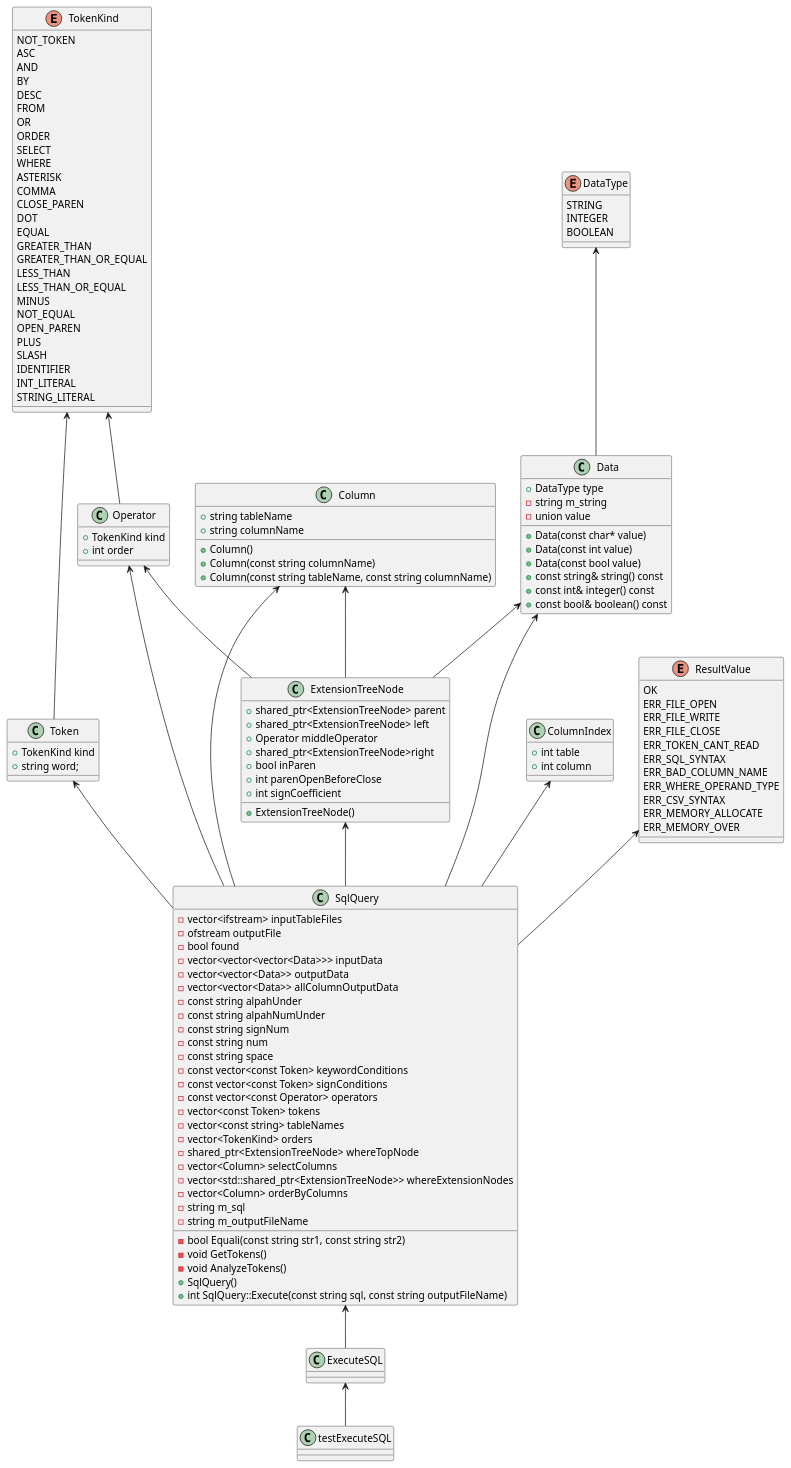
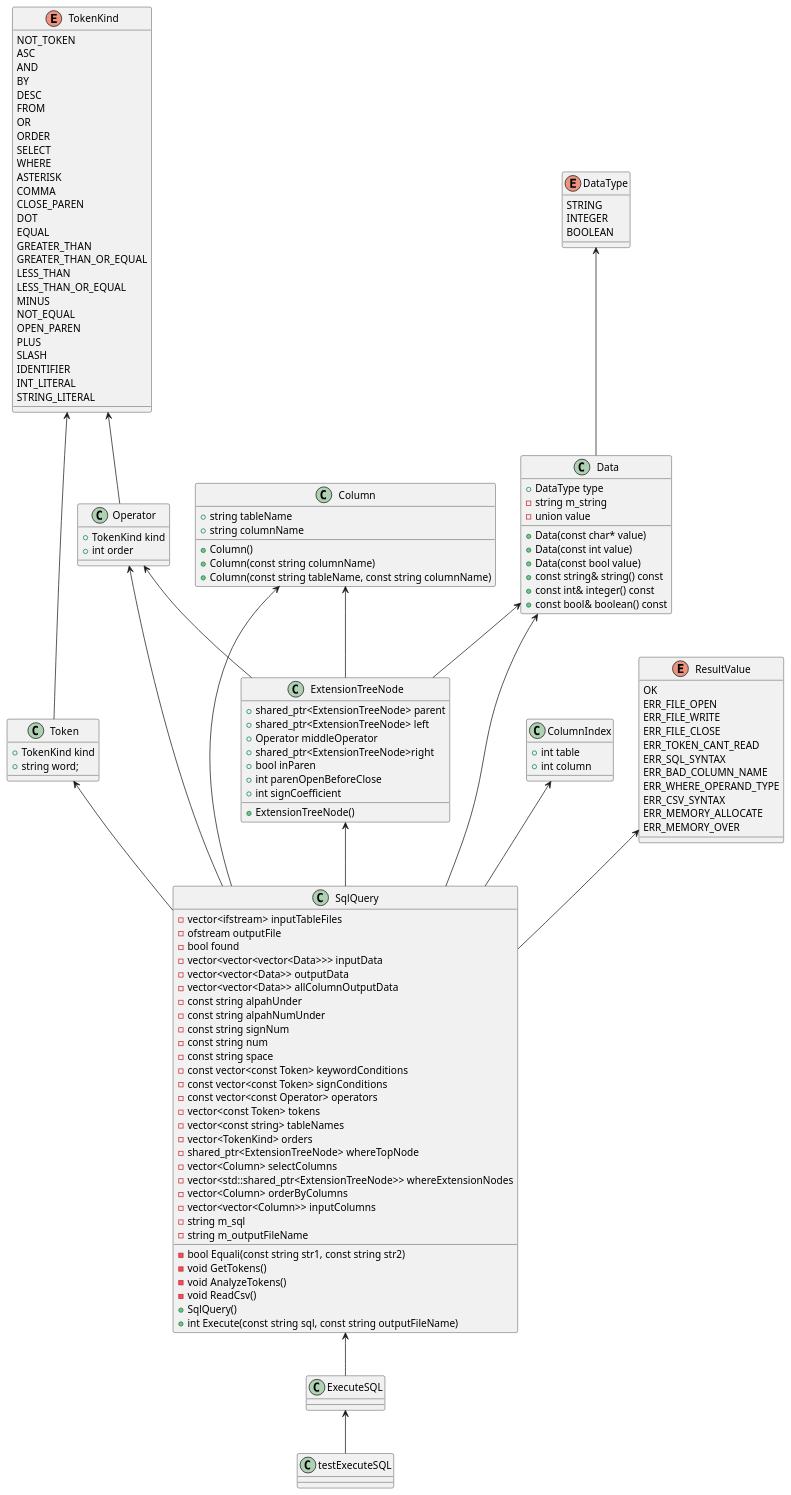
The diagram in ExecuteSQL.pu (yotten/TinySQL), drawn with PlantUML before and after one commit. The commit also changed 2 other files, not shown here.

Commit message:
129.ReadCsvメソッドを切り分ける
[----------] Global test environment tear-down
[==========] 213 tests from 1 test case ran. (5667 ms total)
[  PASSED  ] 213 tests.

```diff
--- a/ExecuteSQL.pu
+++ b/ExecuteSQL.pu
@@ -1,141 +1,143 @@
 @startuml
 
 class testExecuteSQL {}
 class SqlQuery {
 	-vector<ifstream> inputTableFiles
 	-ofstream outputFile
 	-bool found
 	-vector<vector<vector<Data>>> inputData
 	-vector<vector<Data>> outputData
 	-vector<vector<Data>> allColumnOutputData	
 	-const string alpahUnder
 	-const string alpahNumUnder
 	-const string signNum
 	-const string num
 	-const string space
 	-const vector<const Token> keywordConditions
 	-const vector<const Token> signConditions
 	-const vector<const Operator> operators
 	-vector<const Token> tokens
 	-vector<const string> tableNames
 	-vector<TokenKind> orders
 	-shared_ptr<ExtensionTreeNode> whereTopNode
 	-vector<Column> selectColumns
 	-vector<std::shared_ptr<ExtensionTreeNode>> whereExtensionNodes
 	-vector<Column> orderByColumns
+	-vector<vector<Column>> inputColumns
 	-string m_sql
 	-string m_outputFileName
 	-bool Equali(const string str1, const string str2)
 	-void GetTokens()
 	-void AnalyzeTokens()
+	-void ReadCsv()
 	+SqlQuery()
-	+int SqlQuery::Execute(const string sql, const string outputFileName)
+	+int Execute(const string sql, const string outputFileName)
 }
 class ExecuteSQL {
 	
 }
 
 class Data {
     +DataType type
 	-string m_string
 	-union value
 	+Data(const char* value)
 	+Data(const int value)
 	+Data(const bool value)
 	+const string& string() const
 	+const int& integer() const
 	+const bool& boolean() const
 }
 class Operator{
     +TokenKind kind
     +int order
 }
 class Token{
     +TokenKind kind
     +string word;
 }
 class ExtensionTreeNode{
 	+shared_ptr<ExtensionTreeNode> parent
 	+shared_ptr<ExtensionTreeNode> left
 	+Operator middleOperator
 	+shared_ptr<ExtensionTreeNode>right
 	+bool inParen
 	+int parenOpenBeforeClose
 	+int signCoefficient
 	+ExtensionTreeNode()
 }
 class ColumnIndex{
     +int table
     +int column
 }
 class Column{
     +string tableName
     +string columnName
     +Column()
     +Column(const string columnName)
     +Column(const string tableName, const string columnName)
 }
 enum DataType{
    	STRING
 	INTEGER
 	BOOLEAN
 }
 enum TokenKind{
     NOT_TOKEN
 	ASC
 	AND
 	BY
 	DESC
 	FROM
 	OR
 	ORDER
 	SELECT
 	WHERE
 	ASTERISK
 	COMMA
 	CLOSE_PAREN
 	DOT
 	EQUAL
 	GREATER_THAN
 	GREATER_THAN_OR_EQUAL
 	LESS_THAN
 	LESS_THAN_OR_EQUAL
 	MINUS
 	NOT_EQUAL
 	OPEN_PAREN
 	PLUS
 	SLASH
 	IDENTIFIER
 	INT_LITERAL
 	STRING_LITERAL
 }
 enum ResultValue{
     OK
 	ERR_FILE_OPEN
 	ERR_FILE_WRITE
 	ERR_FILE_CLOSE
 	ERR_TOKEN_CANT_READ
 	ERR_SQL_SYNTAX
 	ERR_BAD_COLUMN_NAME
 	ERR_WHERE_OPERAND_TYPE
 	ERR_CSV_SYNTAX
 	ERR_MEMORY_ALLOCATE
 	ERR_MEMORY_OVER
 }
 
 ExecuteSQL <-- testExecuteSQL
 SqlQuery <-- ExecuteSQL
 Data <-- SqlQuery
 Operator <-- SqlQuery
 Token <-- SqlQuery
 ExtensionTreeNode <-- SqlQuery
 ColumnIndex <-- SqlQuery
 Column <-- SqlQuery
 ResultValue <-- SqlQuery
 DataType <-- Data
 TokenKind <-- Token
 TokenKind <-- Operator
 Operator <-- ExtensionTreeNode
 Column <-- ExtensionTreeNode
 Data <-- ExtensionTreeNode
 @enduml
```
